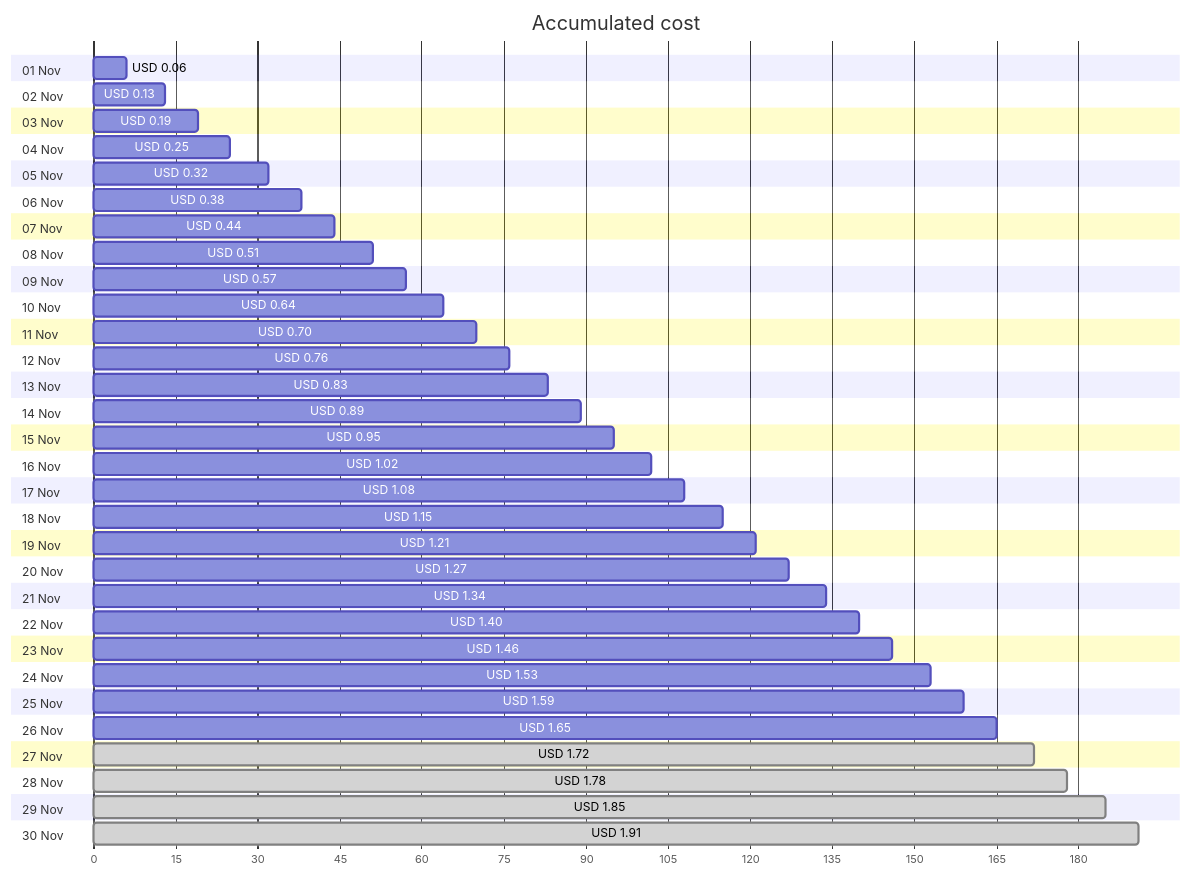
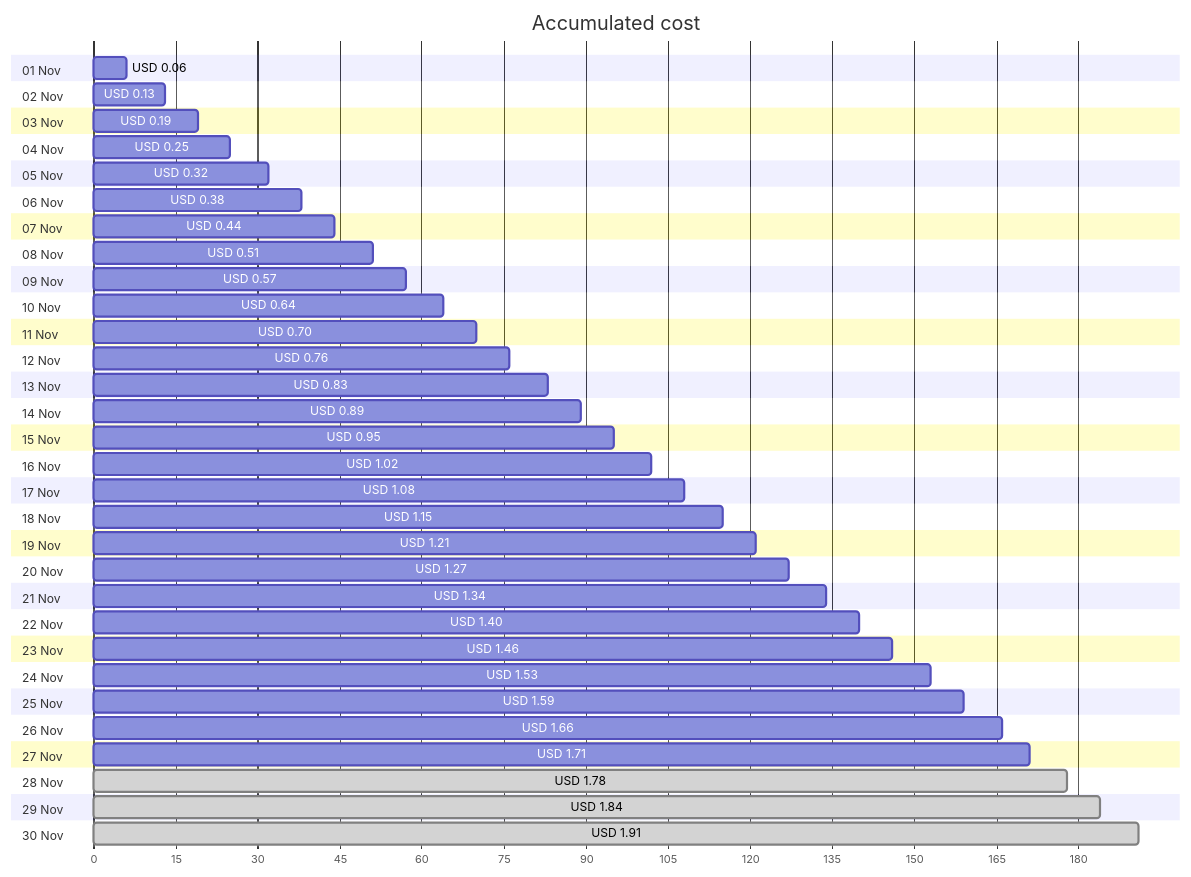
One commit to jpfulton/azure-personal-reports changed the first of 4 diagrams in cost-reports/personal-network/vpn-server_OsDisk.md. Above: the diagram before and after it, drawn with Mermaid. The commit also changed other lines of this file and 8 other files, not shown here.

````diff
--- a/cost-reports/personal-network/vpn-server_OsDisk.md
+++ b/cost-reports/personal-network/vpn-server_OsDisk.md
@@ -20,66 +20,66 @@
 ```mermaid
 gantt
    title Accumulated cost
    dateFormat  X
    axisFormat %s
    section 01 Nov
    USD 0.06 :0, 6
    section 02 Nov
    USD 0.13 :0, 13
    section 03 Nov
    USD 0.19 :0, 19
    section 04 Nov
    USD 0.25 :0, 25
    section 05 Nov
    USD 0.32 :0, 32
    section 06 Nov
    USD 0.38 :0, 38
    section 07 Nov
    USD 0.44 :0, 44
    section 08 Nov
    USD 0.51 :0, 51
    section 09 Nov
    USD 0.57 :0, 57
    section 10 Nov
    USD 0.64 :0, 64
    section 11 Nov
    USD 0.70 :0, 70
    section 12 Nov
    USD 0.76 :0, 76
    section 13 Nov
    USD 0.83 :0, 83
    section 14 Nov
    USD 0.89 :0, 89
    section 15 Nov
    USD 0.95 :0, 95
    section 16 Nov
    USD 1.02 :0, 102
    section 17 Nov
    USD 1.08 :0, 108
    section 18 Nov
    USD 1.15 :0, 115
    section 19 Nov
    USD 1.21 :0, 121
    section 20 Nov
    USD 1.27 :0, 127
    section 21 Nov
    USD 1.34 :0, 134
    section 22 Nov
    USD 1.40 :0, 140
    section 23 Nov
    USD 1.46 :0, 146
    section 24 Nov
    USD 1.53 :0, 153
    section 25 Nov
    USD 1.59 :0, 159
    section 26 Nov
-   USD 1.65 :0, 165
+   USD 1.66 :0, 166
    section 27 Nov
-   USD 1.72 : done, 0, 172
+   USD 1.71 :0, 171
    section 28 Nov
    USD 1.78 : done, 0, 178
    section 29 Nov
-   USD 1.85 : done, 0, 185
+   USD 1.84 : done, 0, 184
    section 30 Nov
    USD 1.91 : done, 0, 191
 ```
````
